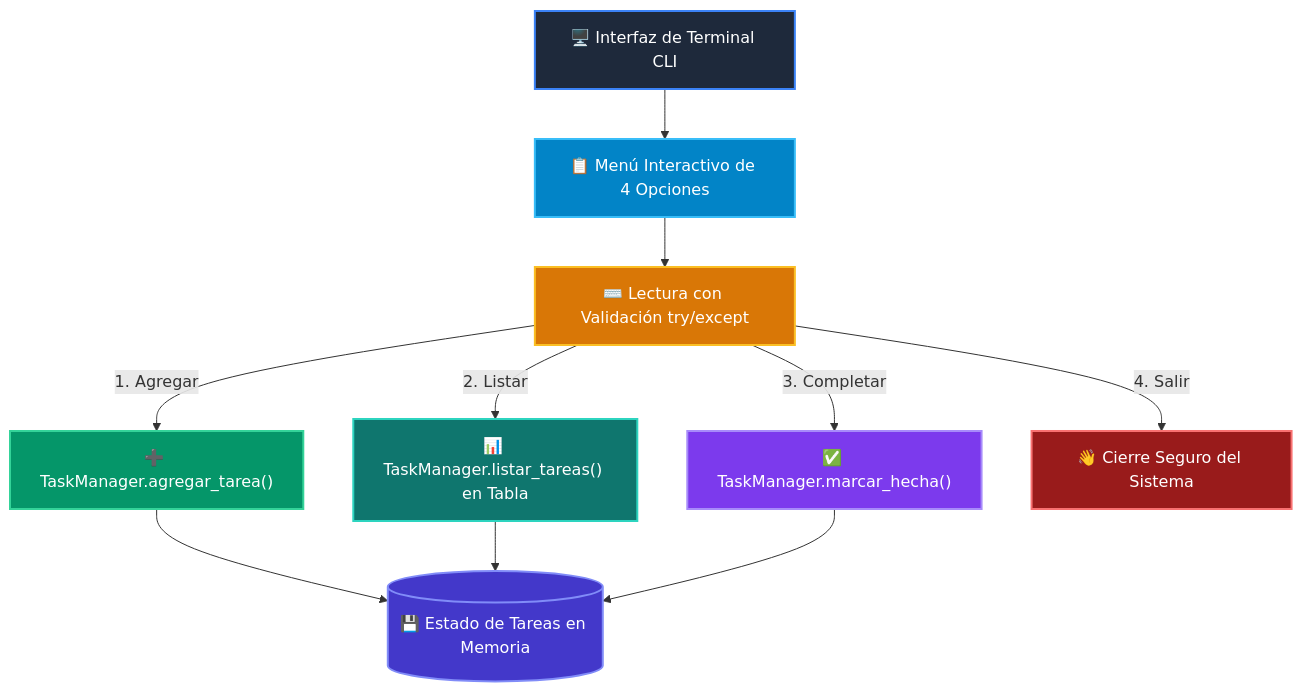
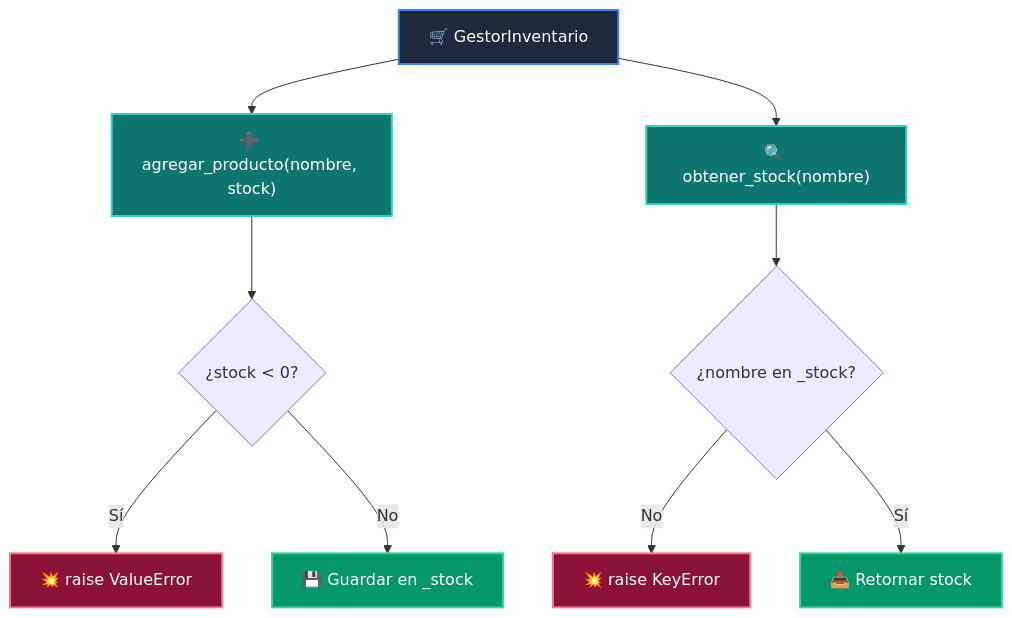
One commit to wisrovi/wisrovi-python changed the diagram in docs/curso-01/clase-08.md. Above: the diagram before and after it, drawn with Mermaid. The commit also changed other lines of this file and 52 other files, not shown here.

````diff
--- a/docs/curso-01/clase-08.md
+++ b/docs/curso-01/clase-08.md
@@ -38,21 +37,18 @@
 ```mermaid
 flowchart TD
-    CLI["🖥️ Interfaz de Terminal CLI"] --> MENU["📋 Menú Interactivo de 4 Opciones"]
-    MENU --> READ["⌨️ Lectura con Validación try/except"]
-    READ -->|1. Agregar| ADD["➕ TaskManager.agregar_tarea()"]
-    READ -->|2. Listar| LST["📊 TaskManager.listar_tareas() en Tabla"]
-    READ -->|3. Completar| CMP["✅ TaskManager.marcar_hecha()"]
-    READ -->|4. Salir| EXT["👋 Cierre Seguro del Sistema"]
-    ADD --> STATE[("💾 Estado de Tareas en Memoria")]
-    LST --> STATE
-    CMP --> STATE
-
-    style CLI fill:#1e293b,color:#ffffff,stroke:#3b82f6,stroke-width:2px
-    style MENU fill:#0284c7,color:#ffffff,stroke:#38bdf8,stroke-width:2px
-    style READ fill:#d97706,color:#ffffff,stroke:#fbbf24,stroke-width:2px
-    style ADD fill:#059669,color:#ffffff,stroke:#34d399,stroke-width:2px
-    style LST fill:#0f766e,color:#ffffff,stroke:#2dd4bf,stroke-width:2px
-    style CMP fill:#7c3aed,color:#ffffff,stroke:#a78bfa,stroke-width:2px
-    style EXT fill:#991b1b,color:#ffffff,stroke:#f87171,stroke-width:2px
-    style STATE fill:#4338ca,color:#ffffff,stroke:#818cf8,stroke-width:2px
+    A["🛒 GestorInventario"] --> B["➕ agregar_producto(nombre, stock)"]
+    A --> C["🔍 obtener_stock(nombre)"]
+    B --> D{"¿stock < 0?"}
+    D -->|Sí| E["💥 raise ValueError"]
+    D -->|No| F["💾 Guardar en _stock"]
+    C --> G{"¿nombre en _stock?"}
+    G -->|No| H["💥 raise KeyError"]
+    G -->|Sí| I["📤 Retornar stock"]
+    style A fill:#1e293b,color:#ffffff,stroke:#3b82f6,stroke-width:2px
+    style B fill:#0f766e,color:#ffffff,stroke:#2dd4bf,stroke-width:2px
+    style C fill:#0f766e,color:#ffffff,stroke:#2dd4bf,stroke-width:2px
+    style E fill:#881337,color:#ffffff,stroke:#fb7185,stroke-width:2px
+    style H fill:#881337,color:#ffffff,stroke:#fb7185,stroke-width:2px
+    style F fill:#059669,color:#ffffff,stroke:#34d399,stroke-width:2px
+    style I fill:#059669,color:#ffffff,stroke:#34d399,stroke-width:2px
 ```
````
